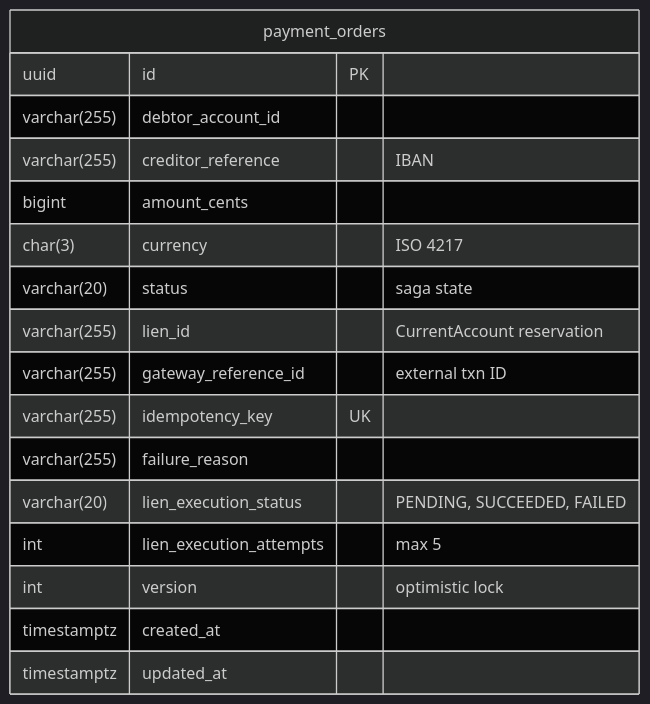
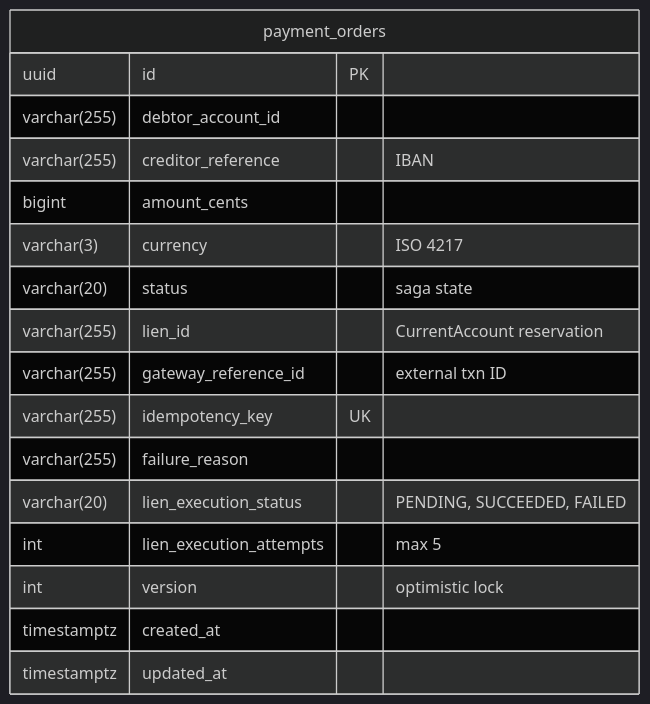
One commit to meridianhub/meridian changed the third of 3 diagrams in services/payment-order/README.md. Above: the diagram before and after it, drawn with Mermaid (dark theme).

Commit message:
fix: Use consistent VARCHAR(3) in payment-order README schema diagram
Fix char(3) to varchar(3) for consistency with the currency-only
constraint documentation earlier in the file.

````diff
--- a/services/payment-order/README.md
+++ b/services/payment-order/README.md
@@ -216,20 +216,20 @@
 ```mermaid
 erDiagram
     payment_orders {
         uuid id PK
         varchar(255) debtor_account_id
         varchar(255) creditor_reference "IBAN"
         bigint amount_cents
-        char(3) currency "ISO 4217"
+        varchar(3) currency "ISO 4217"
         varchar(20) status "saga state"
         varchar(255) lien_id "CurrentAccount reservation"
         varchar(255) gateway_reference_id "external txn ID"
         varchar(255) idempotency_key UK
         varchar(255) failure_reason
         varchar(20) lien_execution_status "PENDING, SUCCEEDED, FAILED"
         int lien_execution_attempts "max 5"
         int version "optimistic lock"
         timestamptz created_at
         timestamptz updated_at
     }
 ```
````
